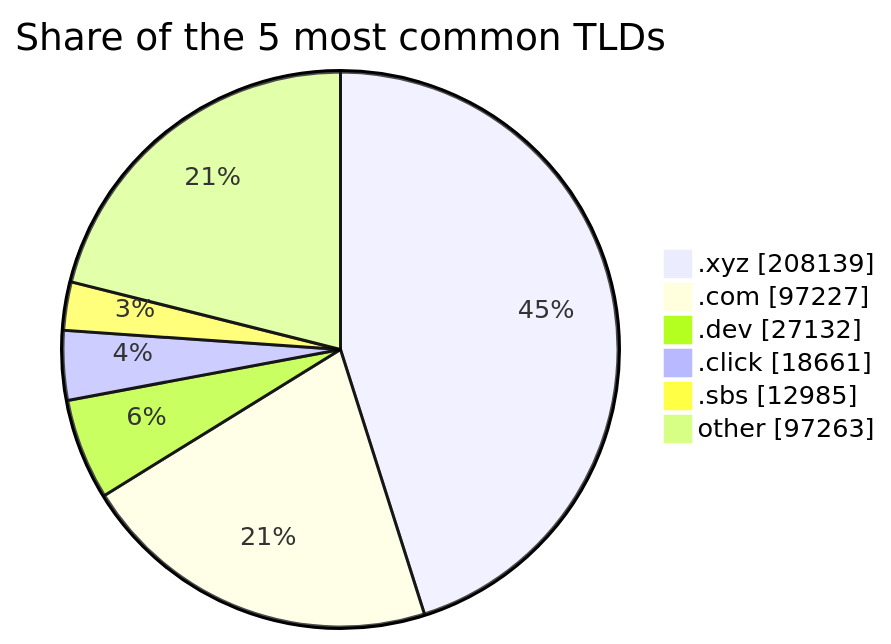
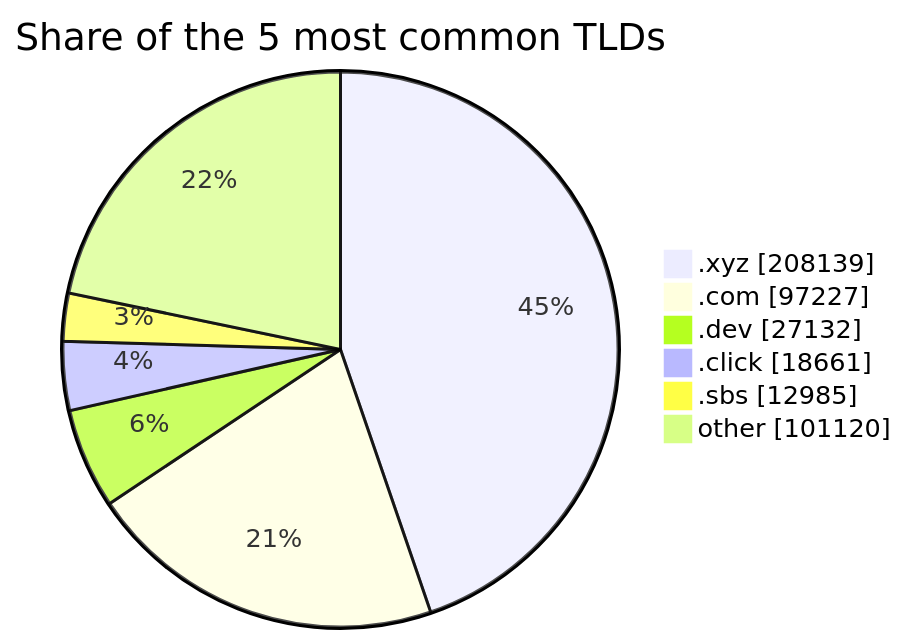
The second of 2 diagrams in README.md (DNSBunker/CTI), drawn with Mermaid before and after one commit. The commit also changed other lines of this file and 3 other files, not shown here.

````diff
--- a/README.md
+++ b/README.md
@@ -72,9 +72,9 @@
 ```mermaid
 pie showData title Share of the 5 most common TLDs
     ".xyz" : 208139
     ".com" : 97227
     ".dev" : 27132
     ".click" : 18661
     ".sbs" : 12985
-    "other" : 97263
+    "other" : 101120
 ```
````
